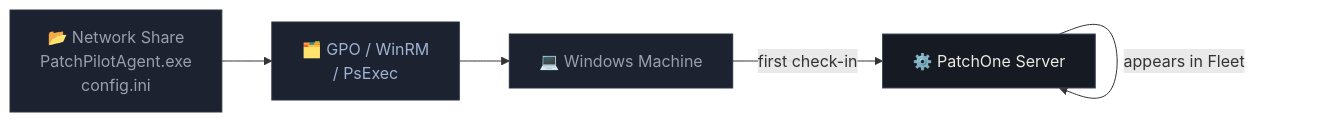
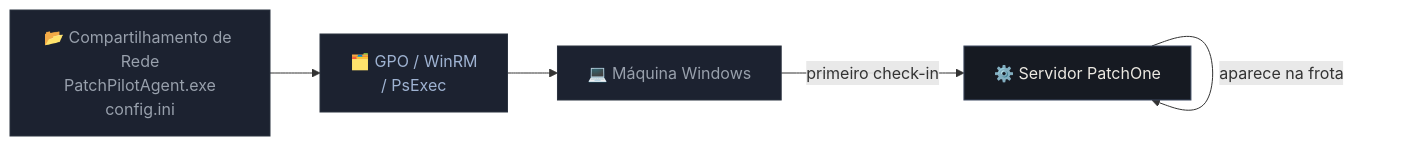
One commit to dchicale/patch-one-docs changed the diagram in docs/installation/agent-deployment.md. Above: the diagram before and after it, drawn with Mermaid. The commit also changed other lines of this file and 2 other files, not shown here.

````diff
--- a/docs/installation/agent-deployment.md
+++ b/docs/installation/agent-deployment.md
@@ -46,16 +46,16 @@
 ```mermaid
 flowchart LR
-    share["📂 Network Share\nPatchPilotAgent.exe\nconfig.ini"]
+    share["📂 Compartilhamento de Rede\nPatchPilotAgent.exe\nconfig.ini"]
     gpo["🗂️ GPO / WinRM\n/ PsExec"]
-    machine["💻 Windows Machine"]
-    server["⚙️ PatchOne Server"]
+    machine["💻 Máquina Windows"]
+    server["⚙️ Servidor PatchOne"]
 
     share --> gpo --> machine
-    machine -->|"first check-in"| server
-    server -->|"appears in Fleet"| server
+    machine -->|"primeiro check-in"| server
+    server -->|"aparece na frota"| server
 
     style server fill:#161A22,stroke:#3F4B62,color:#ECE9E2
     style machine fill:#1C2230,stroke:#2A323F,color:#98A0AC
     style gpo fill:#1C2230,stroke:#2A323F,color:#9FB3D2
     style share fill:#1C2230,stroke:#2A323F,color:#98A0AC
 ```
````
